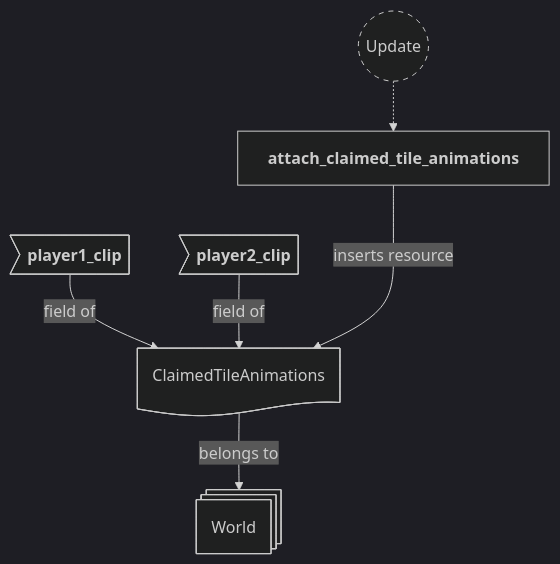
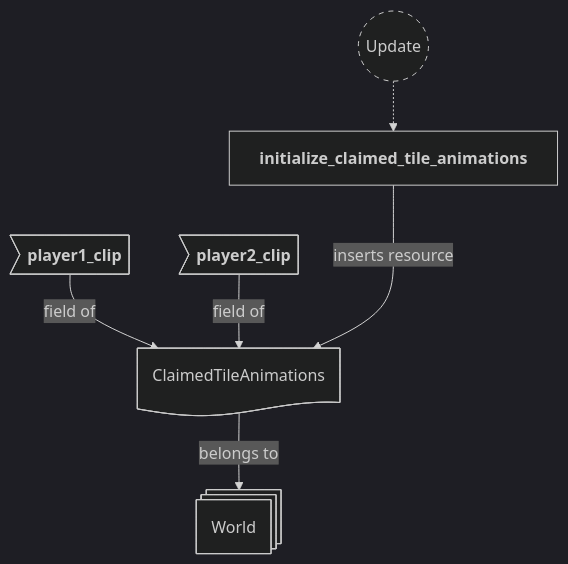
Before and after one commit to neurosoup/tyled: diagram 13 of 24 in backlog/docs/doc-5 - 004-Animations-plugin.md, drawn with Mermaid. The commit also changed other lines of this file and 4 other files, not shown here.

````diff
--- a/backlog/docs/doc-5 - 004-Animations-plugin.md
+++ b/backlog/docs/doc-5 - 004-Animations-plugin.md
@@ -512,26 +512,26 @@
 ```mermaid
 ---
 config:
   theme: dark
 ---
 
 flowchart TD
 classDef system-group stroke-dasharray: 5 5
 
 update(("`Update`")):::system-group
-attach_claimed_tile_animations["`**attach_claimed_tile_animations**`"]
+initialize_claimed_tile_animations["`**initialize_claimed_tile_animations**`"]
 
-update -.-> attach_claimed_tile_animations
+update -.-> initialize_claimed_tile_animations
 
 world@{ shape: st-rect, label: "World" }
 ct_anims_res@{ shape: doc, label: "ClaimedTileAnimations" }
 
 ct_anims_player1>"`**player1_clip**`"]
 ct_anims_player2>"`**player2_clip**`"]
 
 ct_anims_res --> |belongs to| world
 ct_anims_player1 --> |field of| ct_anims_res
 ct_anims_player2 --> |field of| ct_anims_res
 
-attach_claimed_tile_animations ---> |inserts resource| ct_anims_res
+initialize_claimed_tile_animations ---> |inserts resource| ct_anims_res
 ```
````
